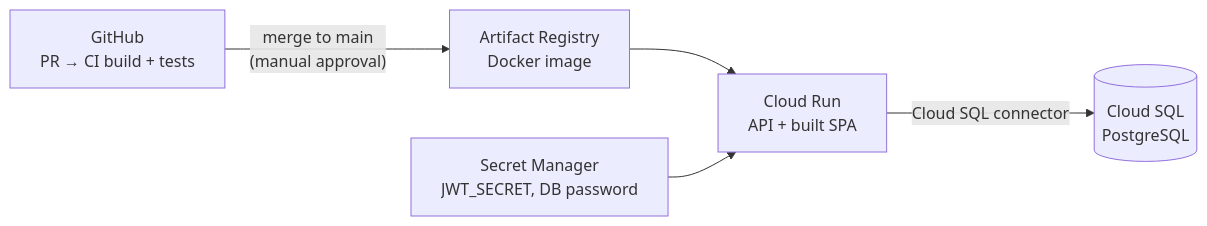
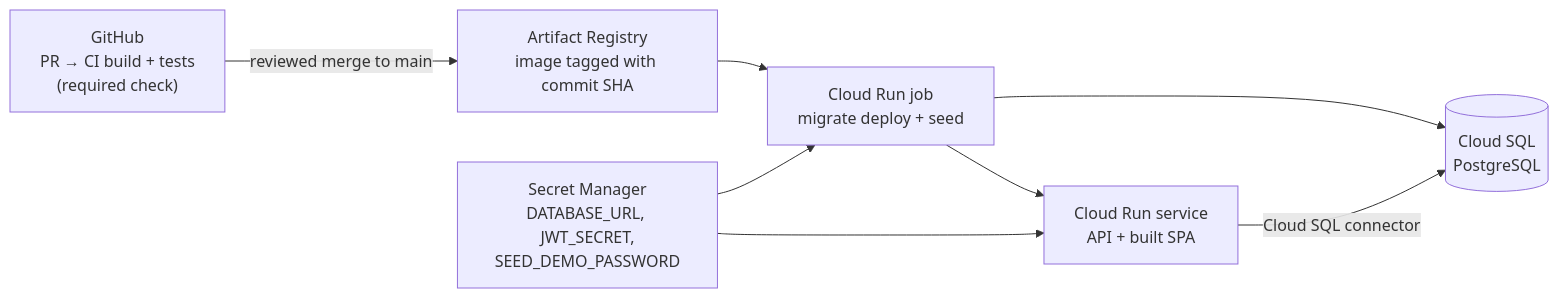
The fourth of 4 diagrams in docs/system-sds.md (ILoveSiesta/Course-Project-Management-System), drawn with Mermaid before and after one commit. The commit also changed other lines of this file and 4 other files, not shown here.

````diff
--- a/docs/system-sds.md
+++ b/docs/system-sds.md
@@ -268,7 +274,10 @@
 ```mermaid
 flowchart LR
-  GH["GitHub<br/>PR → CI build + tests"] -->|"merge to main<br/>(manual approval)"| AR["Artifact Registry<br/>Docker image"]
-  AR --> CR["Cloud Run<br/>API + built SPA"]
+  GH["GitHub<br/>PR → CI build + tests<br/>(required check)"] -->|"reviewed merge to main"| AR["Artifact Registry<br/>image tagged with commit SHA"]
+  AR --> JOB["Cloud Run job<br/>migrate deploy + seed"]
+  JOB --> CR["Cloud Run service<br/>API + built SPA"]
   CR -->|"Cloud SQL connector"| SQL[("Cloud SQL<br/>PostgreSQL")]
-  SM["Secret Manager<br/>JWT_SECRET, DB password"] --> CR
+  JOB --> SQL
+  SM["Secret Manager<br/>DATABASE_URL, JWT_SECRET,<br/>SEED_DEMO_PASSWORD"] --> CR
+  SM --> JOB
 ```
````
